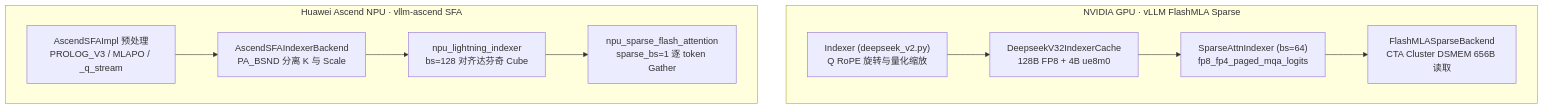
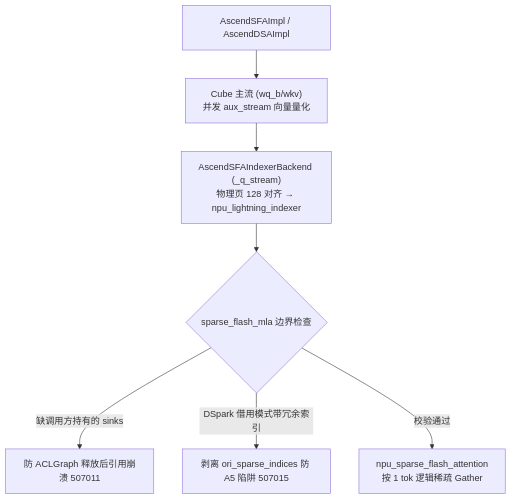
The third of 3 diagrams in src/content/posts/deepseek/03-dsa/index.mdx (xingcanlee/infra-note), drawn with Mermaid before and after one commit. The commit also changed other lines of this file and 263 other files, not shown here.

First line of the commit message:
feat(deepseek,explainers): swap 07-mhc/08-engram order, add flat-table diagram, and upgrade InteractiveExplainer kit

````diff
--- a/src/content/posts/deepseek/03-dsa/index.mdx
+++ b/src/content/posts/deepseek/03-dsa/index.mdx
@@ -95,13 +236,9 @@
-```mermaid caption="图 4：vLLM GPU（FlashMLA Sparse）与 vllm-ascend NPU（AscendSFA）运行时对照"
+```mermaid caption="图 8：vllm-ascend@b776261e 昇腾 SFA/DSA 双流掩蔽与静态图边界约束"
 flowchart TD
-    subgraph GPU["NVIDIA GPU · vLLM FlashMLA Sparse"]
-        G1["Indexer (deepseek_v2.py)<br/>Q RoPE 旋转与量化缩放"] --> G2["DeepseekV32IndexerCache<br/>128B FP8 + 4B ue8m0"]
-        G2 --> G3["SparseAttnIndexer (bs=64)<br/>fp8_fp4_paged_mqa_logits"]
-        G3 --> G4["FlashMLASparseBackend<br/>CTA Cluster DSMEM 656B 读取"]
-    end
-    subgraph NPU["Huawei Ascend NPU · vllm-ascend SFA"]
-        A1["AscendSFAImpl 预处理<br/>PROLOG_V3 / MLAPO / _q_stream"] --> A2["AscendSFAIndexerBackend<br/>PA_BSND 分离 K 与 Scale"]
-        A2 --> A3["npu_lightning_indexer<br/>bs=128 对齐达芬奇 Cube"]
-        A3 --> A4["npu_sparse_flash_attention<br/>sparse_bs=1 逐 token Gather"]
-    end
+    IN["AscendSFAImpl / AscendDSAImpl"] --> CV["Cube 主流 (wq_b/wkv)<br/>并发 aux_stream 向量量化"]
+    CV --> IDX["AscendSFAIndexerBackend (_q_stream)<br/>物理页 128 对齐 → npu_lightning_indexer"]
+    IDX --> SINK{"sparse_flash_mla 边界检查"}
+    SINK -->|"缺调用方持有的 sinks"| ERR1["防 ACLGraph 释放后引用崩溃 507011"]
+    SINK -->|"DSpark 借用模式带冗余索引"| ERR2["剥离 ori_sparse_indices 防 A5 陷阱 507015"]
+    SINK -->|"校验通过"| SFA["npu_sparse_flash_attention<br/>按 1 tok 逻辑稀疏 Gather"]
 ```
````
